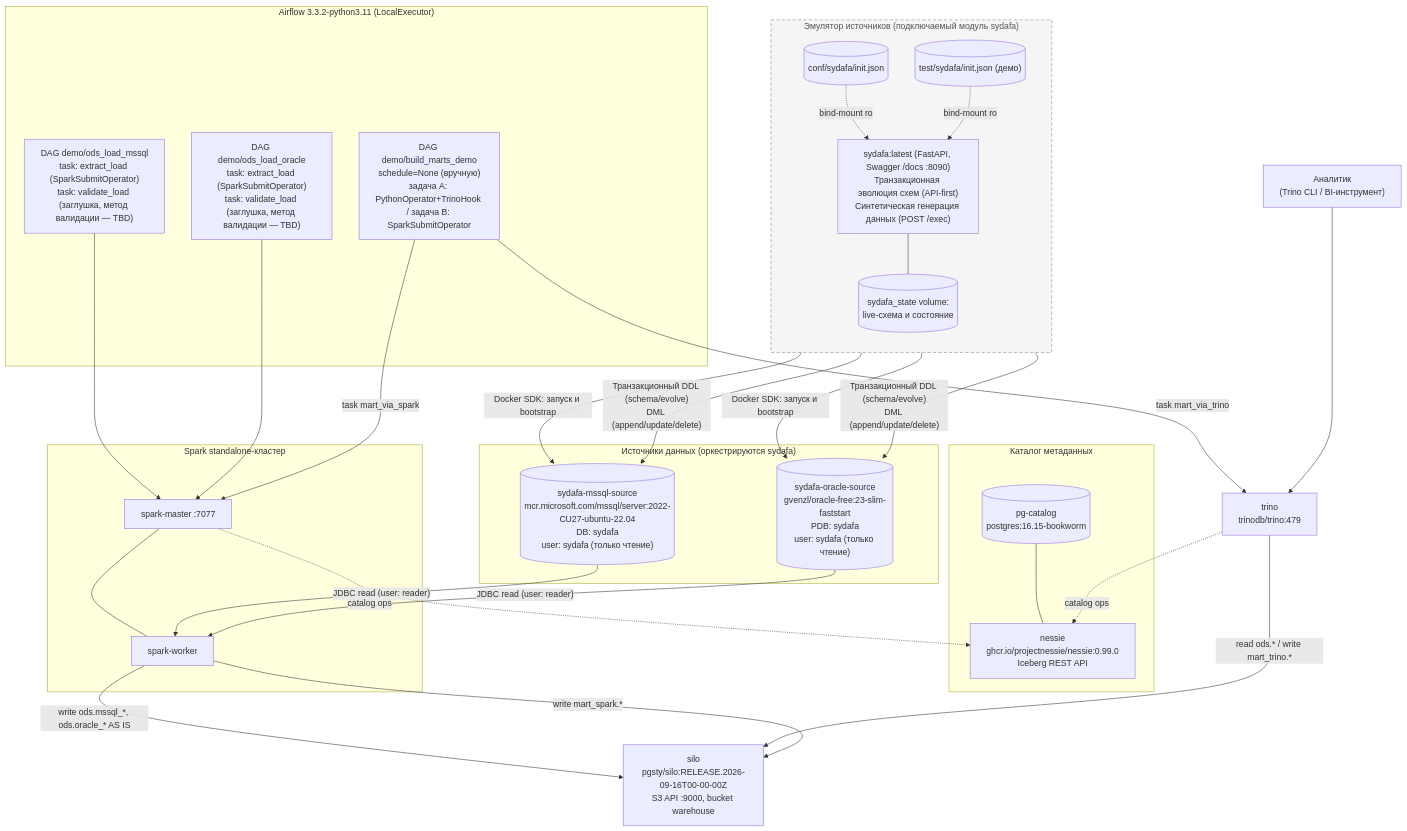
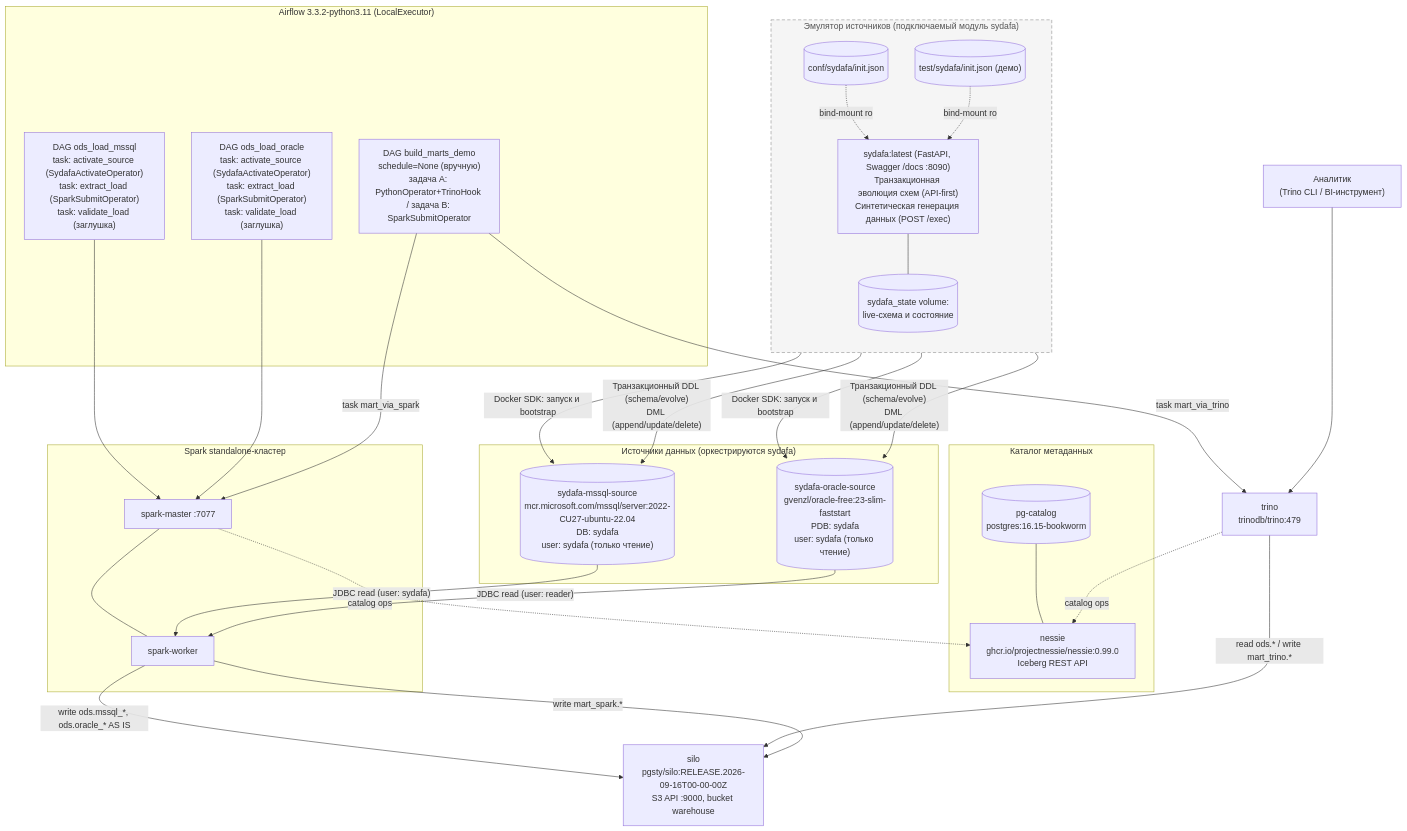
The diagram in README.md (georgekochergin/datalake_stand), drawn with Mermaid before and after one commit. The commit also changed other lines of this file and 15 other files, not shown here.

````diff
--- a/README.md
+++ b/README.md
@@ -26,64 +26,64 @@
 ```mermaid
 flowchart TB
     ANALYST["Аналитик\n(Trino CLI / BI-инструмент)"]
 
     subgraph Sources["Источники данных (оркестрируются sydafa)"]
         MSSQL[("sydafa-mssql-source\nmcr.microsoft.com/mssql/server:2022-CU27-ubuntu-22.04\nDB: sydafa\nuser: sydafa (только чтение)")]
         ORA[("sydafa-oracle-source\ngvenzl/oracle-free:23-slim-faststart\nPDB: sydafa\nuser: sydafa (только чтение)")]
     end
 
     subgraph SydafaService["Эмулятор источников (подключаемый модуль sydafa)"]
         direction TB
         CFG1[("conf/sydafa/init.json")]
         CFG2[("test/sydafa/init.json (демо)")]
         API["sydafa:latest (FastAPI, Swagger /docs :8090)\nТранзакционная эволюция схем (API-first)\nСинтетическая генерация данных (POST /exec)"]
         STATE[("sydafa_state volume:\nlive-схема и состояние")]
         CFG1 -. "bind-mount ro" .-> API
         CFG2 -. "bind-mount ro" .-> API
         API --- STATE
     end
 
     subgraph Catalog["Каталог метаданных"]
         PGC[("pg-catalog\npostgres:16.15-bookworm")]
         NESSIE["nessie\nghcr.io/projectnessie/nessie:0.99.0\nIceberg REST API"]
         PGC --- NESSIE
     end
 
     SILO["silo\npgsty/silo:RELEASE.2026-09-16T00-00-00Z\nS3 API :9000, bucket warehouse"]
 
     subgraph SparkCluster["Spark standalone-кластер"]
         SM["spark-master :7077"]
         SW["spark-worker"]
         SM --- SW
     end
 
     TRINO["trino\ntrinodb/trino:479"]
 
     subgraph Orchestration["Airflow 3.3.2-python3.11 (LocalExecutor)"]
-        D1["DAG demo/ods_load_mssql\ntask: extract_load (SparkSubmitOperator)\ntask: validate_load (заглушка, метод валидации — TBD)"]
-        D2["DAG demo/ods_load_oracle\ntask: extract_load (SparkSubmitOperator)\ntask: validate_load (заглушка, метод валидации — TBD)"]
-        D3["DAG demo/build_marts_demo\nschedule=None (вручную)\nзадача A: PythonOperator+TrinoHook / задача B: SparkSubmitOperator"]
+        D1["DAG ods_load_mssql\ntask: activate_source (SydafaActivateOperator)\ntask: extract_load (SparkSubmitOperator)\ntask: validate_load (заглушка)"]
+        D2["DAG ods_load_oracle\ntask: activate_source (SydafaActivateOperator)\ntask: extract_load (SparkSubmitOperator)\ntask: validate_load (заглушка)"]
+        D3["DAG build_marts_demo\nschedule=None (вручную)\nзадача A: PythonOperator+TrinoHook / задача B: SparkSubmitOperator"]
     end
 
     API -- "Docker SDK: запуск и bootstrap" --> MSSQL
     API -- "Docker SDK: запуск и bootstrap" --> ORA
     API -- "Транзакционный DDL (schema/evolve)\nDML (append/update/delete)" --> MSSQL
     API -- "Транзакционный DDL (schema/evolve)\nDML (append/update/delete)" --> ORA
 
     D1 --> SM
     D2 --> SM
-    MSSQL -- "JDBC read (user: reader)" --> SW
+    MSSQL -- "JDBC read (user: sydafa)" --> SW
     ORA -- "JDBC read (user: reader)" --> SW
     SW -- "write ods.mssql_*, ods.oracle_* AS IS" --> SILO
     SM -. "catalog ops" .-> NESSIE
 
     D3 -- "task mart_via_trino" --> TRINO
     D3 -- "task mart_via_spark" --> SM
     TRINO -. "catalog ops" .-> NESSIE
     TRINO -- "read ods.* / write mart_trino.*" --> SILO
     SW -- "write mart_spark.*" --> SILO
 
     ANALYST --> TRINO
 
     style SydafaService stroke-dasharray: 6 4,stroke:#888,fill:#f5f5f5,color:#555
 ```
````
